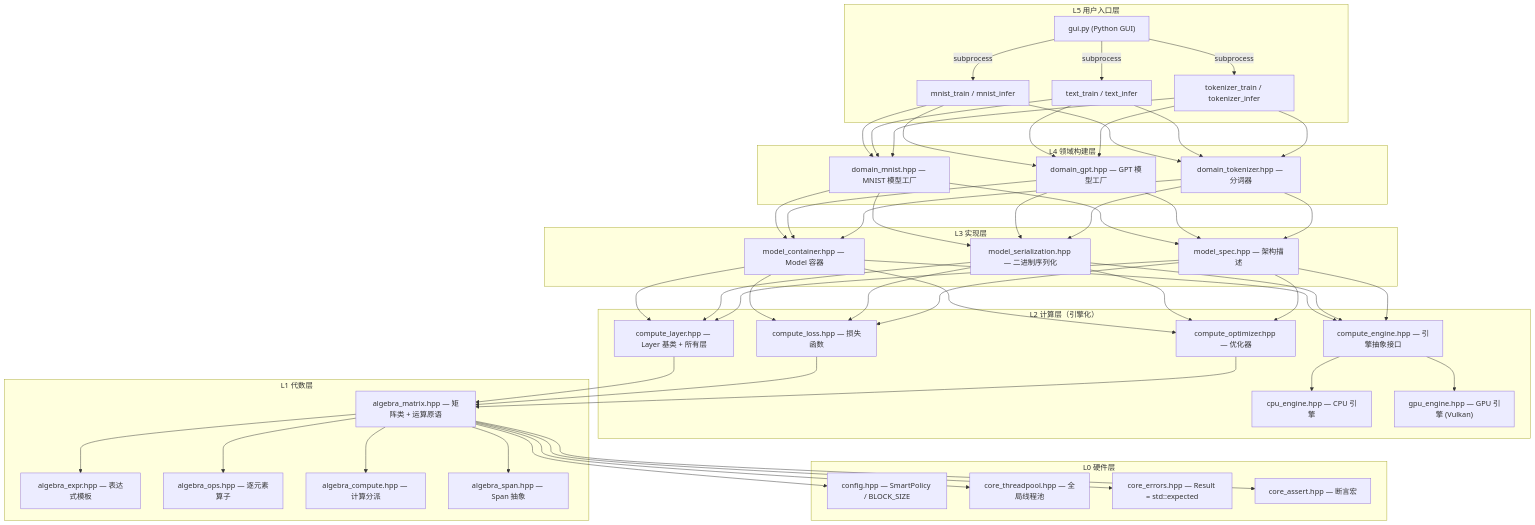
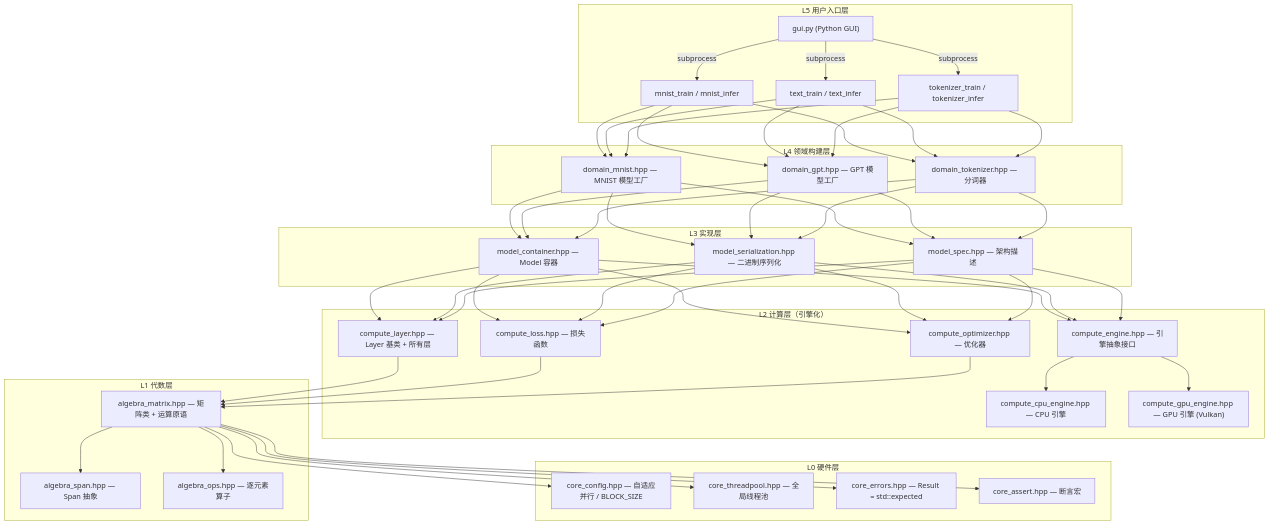
Before and after one commit to EthanPeng-2048/neuralnet.cpp: the second of 3 diagrams in docs/introduction/01-architecture.md, drawn with Mermaid. The commit also changed other lines of this file and 75 other files, not shown here.

````diff
--- a/docs/introduction/01-architecture.md
+++ b/docs/introduction/01-architecture.md
@@ -113,54 +113,52 @@
 ```mermaid
 graph TB
     subgraph "L5 用户入口层"
         A["mnist_train / mnist_infer"]
         B["text_train / text_infer"]
         C["tokenizer_train / tokenizer_infer"]
         D["gui.py (Python GUI)"]
     end
 
     subgraph "L4 领域构建层"
         E["domain_mnist.hpp — MNIST 模型工厂"]
         F["domain_gpt.hpp — GPT 模型工厂"]
         G["domain_tokenizer.hpp — 分词器"]
     end
 
     subgraph "L3 实现层"
         H["model_container.hpp — Model 容器"]
         I["model_serialization.hpp — 二进制序列化"]
         J["model_spec.hpp — 架构描述"]
     end
 
     subgraph "L2 计算层（引擎化）"
         K["compute_engine.hpp — 引擎抽象接口"]
-        L["cpu_engine.hpp — CPU 引擎"]
-        M["gpu_engine.hpp — GPU 引擎 (Vulkan)"]
+        L["compute_cpu_engine.hpp — CPU 引擎"]
+        M["compute_gpu_engine.hpp — GPU 引擎 (Vulkan)"]
         N["compute_layer.hpp — Layer 基类 + 所有层"]
         O["compute_loss.hpp — 损失函数"]
         P["compute_optimizer.hpp — 优化器"]
     end
 
     subgraph "L1 代数层"
         Q["algebra_matrix.hpp — 矩阵类 + 运算原语"]
-        R["algebra_expr.hpp — 表达式模板"]
+        R["algebra_span.hpp — Span 抽象"]
         S["algebra_ops.hpp — 逐元素算子"]
-        T["algebra_compute.hpp — 计算分派"]
-        U["algebra_span.hpp — Span 抽象"]
     end
 
     subgraph "L0 硬件层"
-        V["config.hpp — SmartPolicy / BLOCK_SIZE"]
+        V["core_config.hpp — 自适应并行 / BLOCK_SIZE"]
         W["core_threadpool.hpp — 全局线程池"]
         X["core_errors.hpp — Result<T> = std::expected<T, Error>"]
         Y["core_assert.hpp — 断言宏"]
     end
 
     D -->|"subprocess"| A & B & C
     A & B & C --> E & F & G
     E & F & G --> H & I & J
     H & I & J --> K & N & O & P
     K --> L & M
     N & O & P --> Q
-    Q --> R & S & T & U
+    Q --> R & S
     Q --> V & W & X & Y
 ```
````
